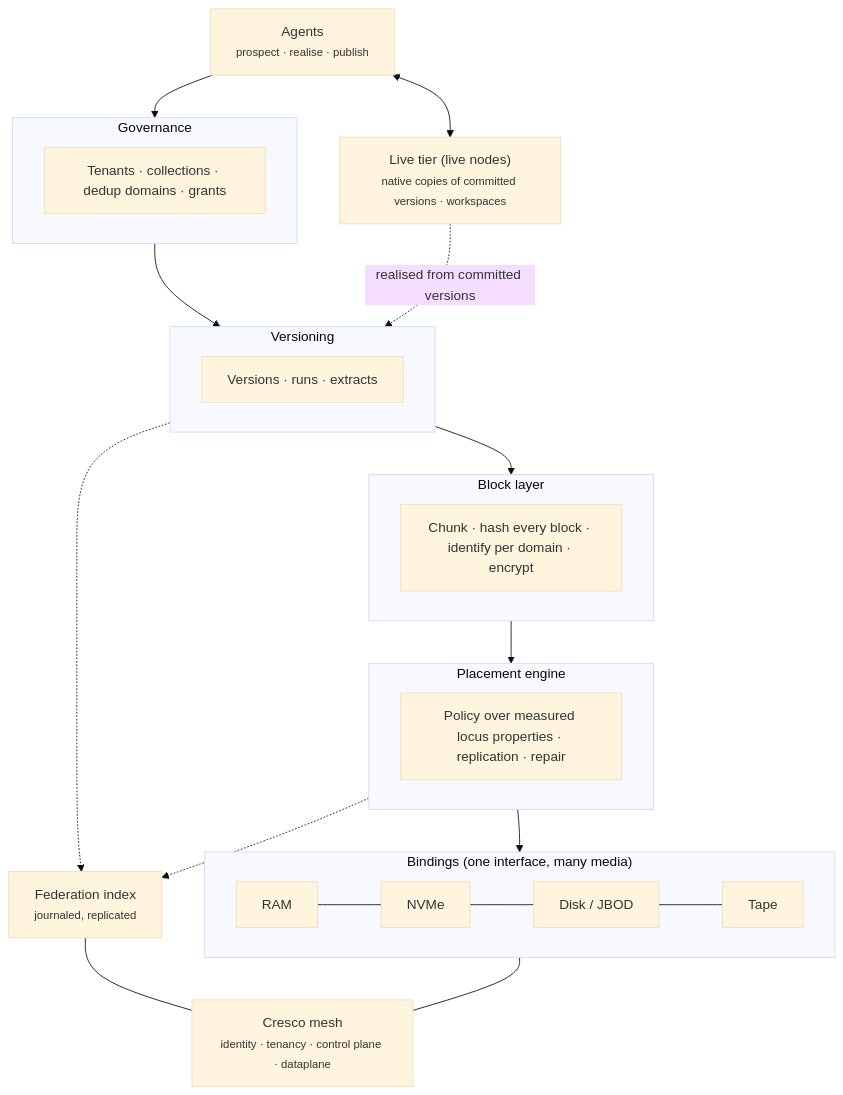
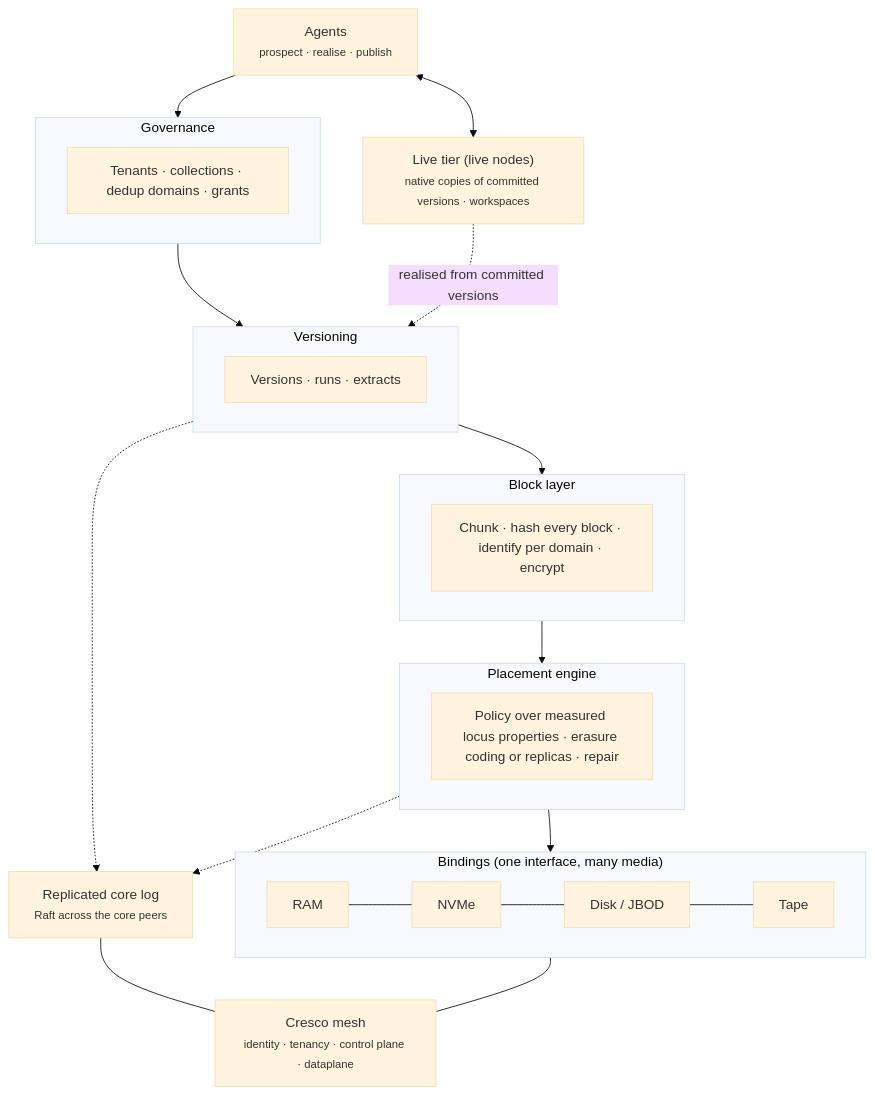
Before and after one commit to GaiaKeep/docs: the diagram in docs/concepts/architecture.md, drawn with Mermaid (base theme). The commit also changed other lines of this file and 6 other files, not shown here.

````diff
--- a/docs/concepts/architecture.md
+++ b/docs/concepts/architecture.md
@@ -5,31 +5,31 @@
 ```mermaid
 flowchart TB
     A["Agents<br/><small>prospect · realise · publish</small>"]
     subgraph G["Governance"]
       T["Tenants · collections · dedup domains · grants"]
     end
     subgraph V["Versioning"]
       VR["Versions · runs · extracts"]
     end
     subgraph B["Block layer"]
       BL["Chunk · hash every block · identify per domain · encrypt"]
     end
     subgraph P["Placement engine"]
-      PE["Policy over measured locus properties · replication · repair"]
+      PE["Policy over measured locus properties · erasure coding or replicas · repair"]
     end
     subgraph L["Bindings (one interface, many media)"]
       direction LR
       R["RAM"] --- N["NVMe"] --- D["Disk / JBOD"] --- TP["Tape"]
     end
-    I["Federation index<br/><small>journaled, replicated</small>"]
+    I["Replicated core log<br/><small>Raft across the core peers</small>"]
     C["Live tier (live nodes)<br/><small>native copies of committed versions · workspaces</small>"]
     M["Cresco mesh<br/><small>identity · tenancy · control plane · dataplane</small>"]
 
     A --> G --> V --> B --> P --> L
     V -.-> I
     P -.-> I
     A <--> C
     C -.realised from committed versions.-> V
     L --- M
     I --- M
 ```
````
